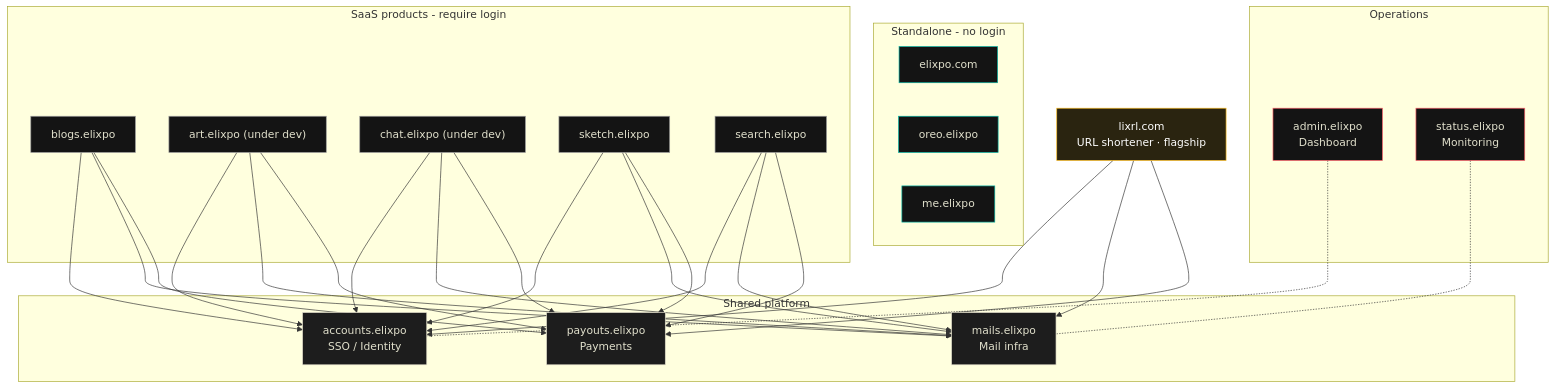
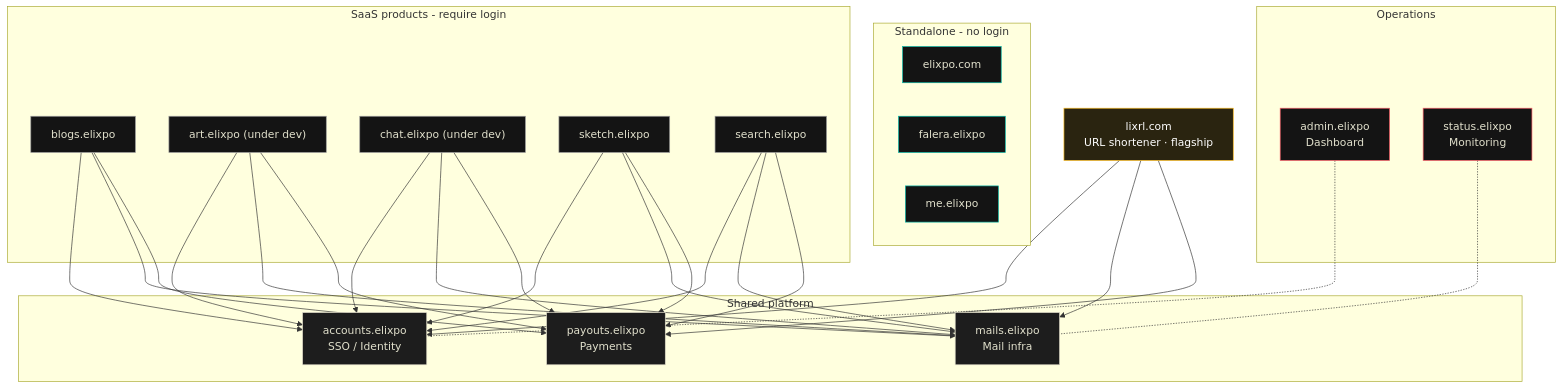
One commit to elixpo/payouts.elixpo changed the diagram in README.md. Above: the diagram before and after it, drawn with Mermaid. The commit also changed other lines of this file and 3 other files, not shown here.

First line of the commit message:
Rename Oreo to Falera and the mascot to Lumi in text (#86)

````diff
--- a/README.md
+++ b/README.md
@@ -126,41 +126,41 @@
 ```mermaid
 graph TB
   classDef shared fill:#1d1d1d,stroke:#DEDBC8,color:#E1E0CC;
   classDef saas fill:#141414,stroke:#9a9a9a,color:#E1E0CC;
   classDef flag fill:#2a2410,stroke:#FFBE1E,color:#ffffff;
   classDef solo fill:#141414,stroke:#00B4A5,color:#E1E0CC;
   classDef ops fill:#141414,stroke:#FF5D68,color:#E1E0CC;
 
   subgraph SHARED["Shared platform"]
     ACC["accounts.elixpo<br/>SSO / Identity"]:::shared
     MAIL["mails.elixpo<br/>Mail infra"]:::shared
     PAY["payouts.elixpo<br/>Payments"]:::shared
   end
 
   subgraph PRODUCTS["SaaS products - require login"]
     BLOGS["blogs.elixpo"]:::saas
     ART["art.elixpo (under dev)"]:::saas
     CHAT["chat.elixpo (under dev)"]:::saas
     SKETCH["sketch.elixpo"]:::saas
     SEARCH["search.elixpo"]:::saas
   end
 
   LIXRL["lixrl.com<br/>URL shortener · flagship"]:::flag
 
   subgraph SOLO["Standalone - no login"]
     HOME["elixpo.com"]:::solo
-    OREO["oreo.elixpo"]:::solo
+    OREO["falera.elixpo"]:::solo
     ME["me.elixpo"]:::solo
   end
 
   subgraph OPS["Operations"]
     ADMIN["admin.elixpo<br/>Dashboard"]:::ops
     STATUS["status.elixpo<br/>Monitoring"]:::ops
   end
 
   BLOGS & ART & CHAT & SKETCH & SEARCH & LIXRL --> ACC
   BLOGS & ART & CHAT & SKETCH & SEARCH & LIXRL --> MAIL
   BLOGS & ART & CHAT & SKETCH & SEARCH & LIXRL --> PAY
   ADMIN -.- ACC
   STATUS -.- MAIL
 ```
````
